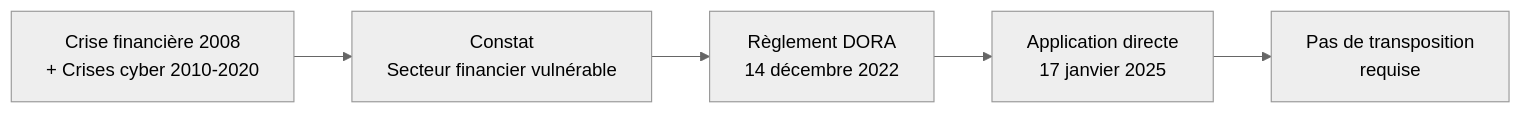
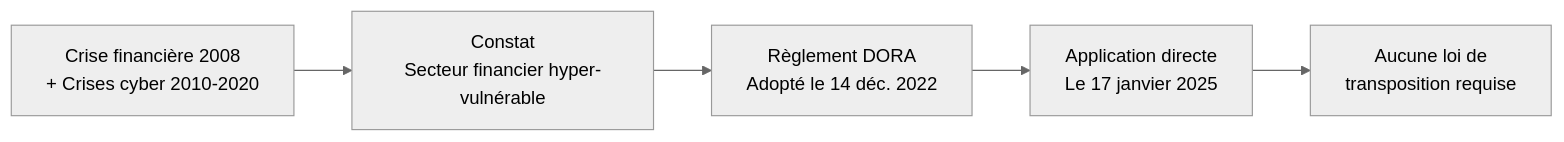
The first of 7 diagrams in docs/cursus-forensic/01-cycle-0-fondations/module-1-legislation/09-dora-pour-secteur-financier.md (zyrass/omnydocs), drawn with Mermaid (neutral theme) before and after one commit. The commit also changed other lines of this file and 171 other files, not shown here.

````diff
--- a/docs/cursus-forensic/01-cycle-0-fondations/module-1-legislation/09-dora-pour-secteur-financier.md
+++ b/docs/cursus-forensic/01-cycle-0-fondations/module-1-legislation/09-dora-pour-secteur-financier.md
@@ -51,7 +54,7 @@
 ```mermaid
 flowchart LR
-    A[Crise financière 2008<br>+ Crises cyber 2010-2020] --> B[Constat<br>Secteur financier vulnérable]
-    B --> C[Règlement DORA<br>14 décembre 2022]
-    C --> D[Application directe<br>17 janvier 2025]
-    D --> E[Pas de transposition<br>requise]
+    A["Crise financière 2008<br>+ Crises cyber 2010-2020"] --> B["Constat<br>Secteur financier hyper-vulnérable"]
+    B --> C["Règlement DORA<br>Adopté le 14 déc. 2022"]
+    C --> D["Application directe<br>Le 17 janvier 2025"]
+    D --> E["Aucune loi de<br>transposition requise"]
 ```
````
